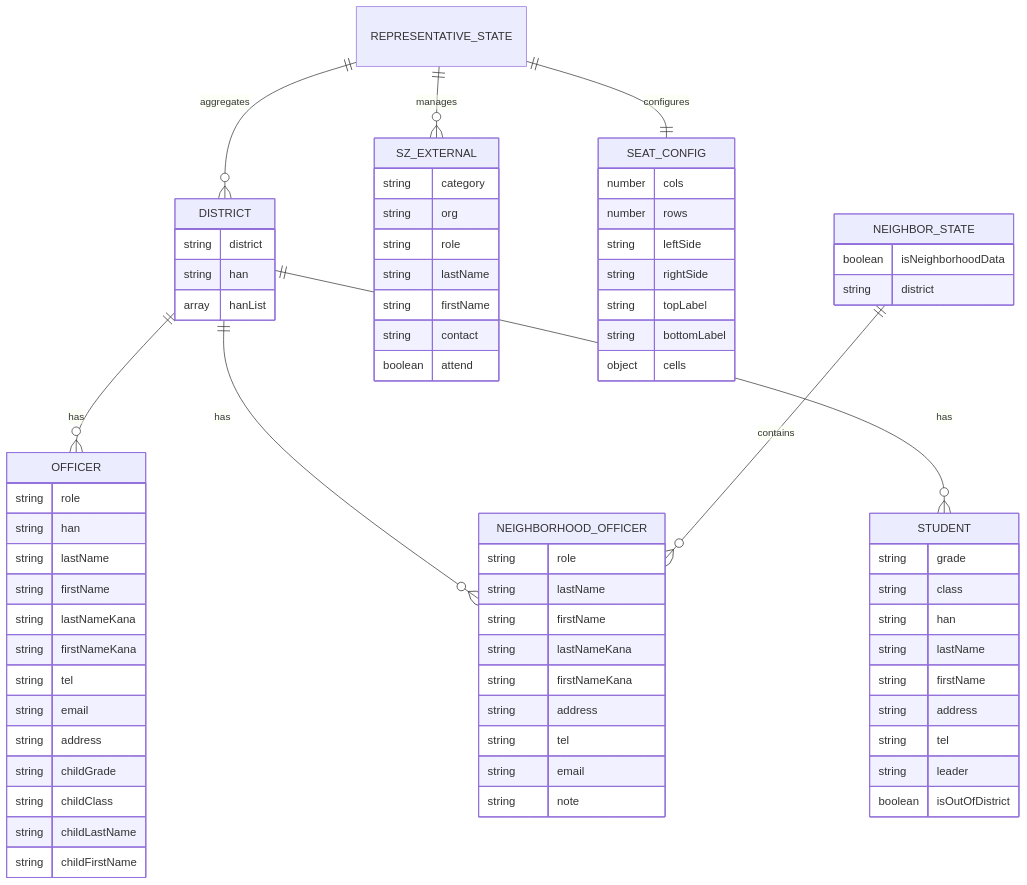
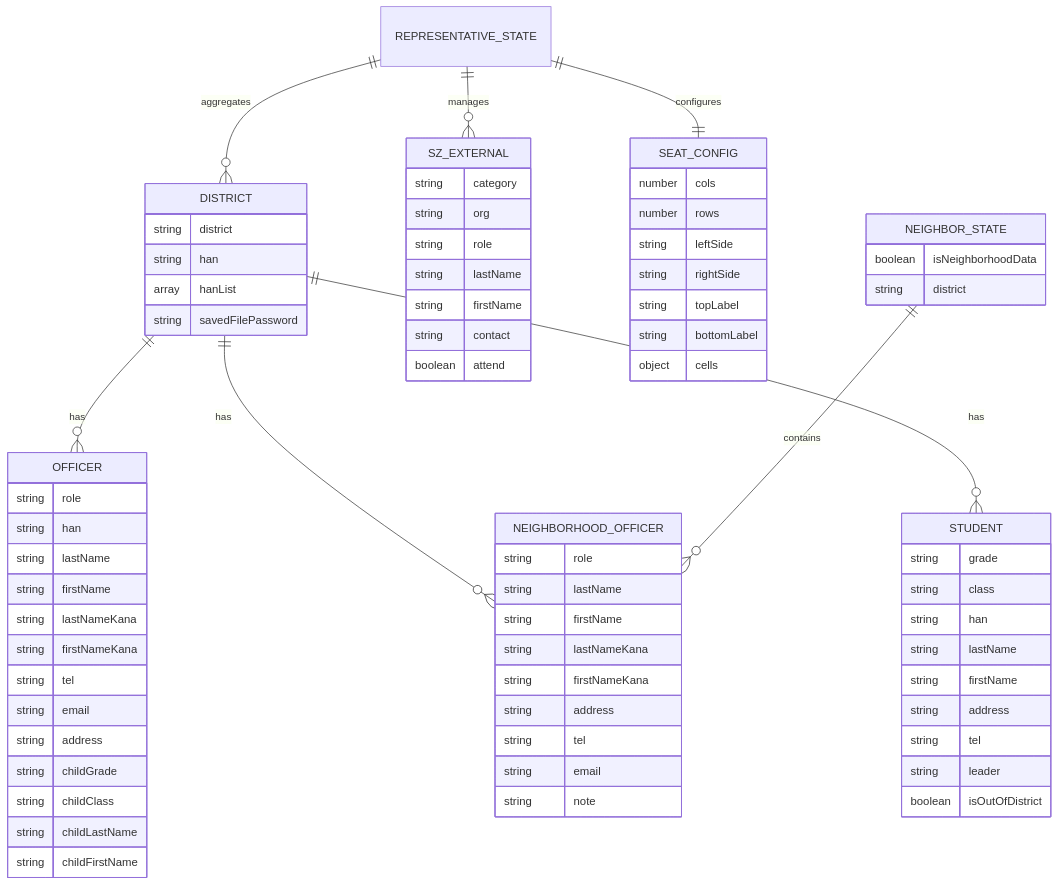
The fourth of 4 diagrams in docs/system_design.md (tekuteku-life/kogaidocs), drawn with Mermaid before and after one commit. The commit also changed other lines of this file and 21 other files, not shown here.

````diff
--- a/docs/system_design.md
+++ b/docs/system_design.md
@@ -292,77 +323,78 @@
 ```mermaid
 erDiagram
 	DISTRICT ||--o{ OFFICER : "has"
 	DISTRICT ||--o{ NEIGHBORHOOD_OFFICER : "has"
 	DISTRICT ||--o{ STUDENT : "has"
-	
+
 	REPRESENTATIVE_STATE ||--o{ DISTRICT : "aggregates"
 	REPRESENTATIVE_STATE ||--o{ SZ_EXTERNAL : "manages"
 	REPRESENTATIVE_STATE ||--|| SEAT_CONFIG : "configures"
 
 	NEIGHBOR_STATE ||--o{ NEIGHBORHOOD_OFFICER : "contains"
 
 	DISTRICT {
 		string district
 		string han
 		array hanList
+		string savedFilePassword
 	}
 	NEIGHBOR_STATE {
 		boolean isNeighborhoodData
 		string district
 	}
 	OFFICER {
 		string role
 		string han
 		string lastName
 		string firstName
 		string lastNameKana
 		string firstNameKana
 		string tel
 		string email
 		string address
 		string childGrade
 		string childClass
 		string childLastName
 		string childFirstName
 	}
 	NEIGHBORHOOD_OFFICER {
 		string role
 		string lastName
 		string firstName
 		string lastNameKana
 		string firstNameKana
 		string address
 		string tel
 		string email
 		string note
 	}
 	STUDENT {
 		string grade
 		string class
 		string han
 		string lastName
 		string firstName
 		string address
 		string tel
 		string leader
 		boolean isOutOfDistrict
 	}
 	SZ_EXTERNAL {
 		string category
 		string org
 		string role
 		string lastName
 		string firstName
 		string contact
 		boolean attend
 	}
 	SEAT_CONFIG {
 		number cols
 		number rows
 		string leftSide
 		string rightSide
 		string topLabel
 		string bottomLabel
 		object cells
 	}
 ```
````
